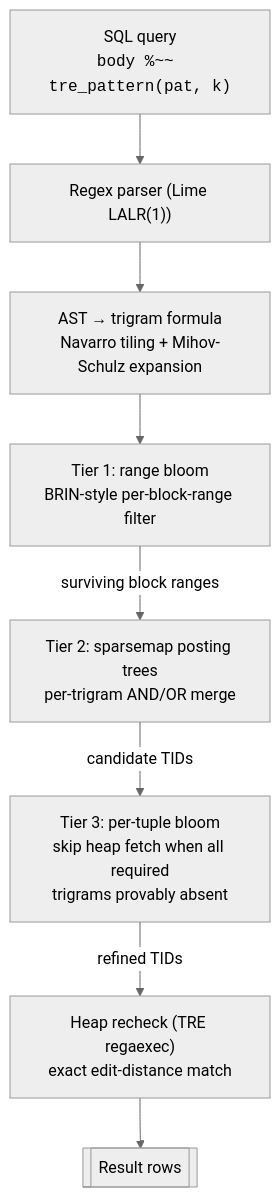
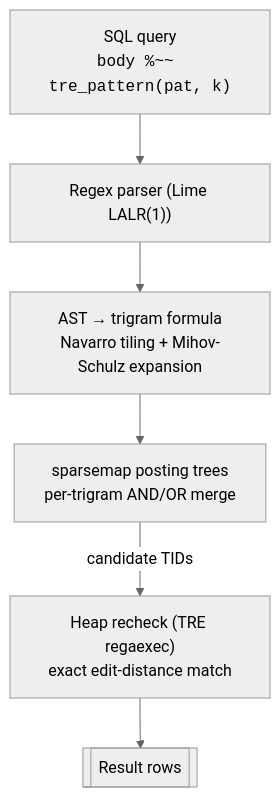
The first of 3 diagrams in README.md (gburd/pg_tre), drawn with Mermaid (neutral theme) before and after one commit. The commit also changed other lines of this file and 39 other files, not shown here.

````diff
--- a/README.md
+++ b/README.md
@@ -27,17 +31,13 @@
 ```mermaid
 flowchart TD
     Q["SQL query<br/><code>body %~~ tre_pattern(pat, k)</code>"]
     P["Regex parser (Lime LALR(1))"]
     E["AST &rarr; trigram formula<br/>Navarro tiling + Mihov-Schulz expansion"]
-    T1["Tier 1: range bloom<br/>BRIN-style per-block-range filter"]
-    T2["Tier 2: sparsemap posting trees<br/>per-trigram AND/OR merge"]
-    T3["Tier 3: per-tuple bloom<br/>skip heap fetch when all required<br/>trigrams provably absent"]
+    T2["sparsemap posting trees<br/>per-trigram AND/OR merge"]
     RC["Heap recheck (TRE regaexec)<br/>exact edit-distance match"]
     R[["Result rows"]]
 
-    Q --> P --> E --> T1
-    T1 -->|"surviving block ranges"| T2
-    T2 -->|"candidate TIDs"| T3
-    T3 -->|"refined TIDs"| RC
+    Q --> P --> E --> T2
+    T2 -->|"candidate TIDs"| RC
     RC --> R
 ```
````
